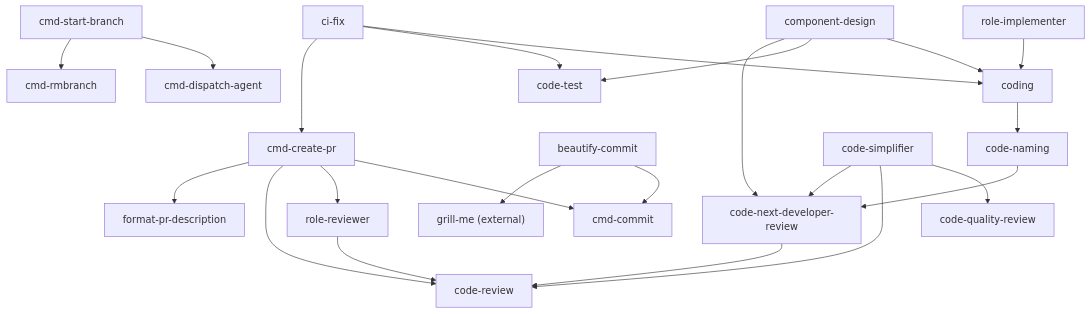
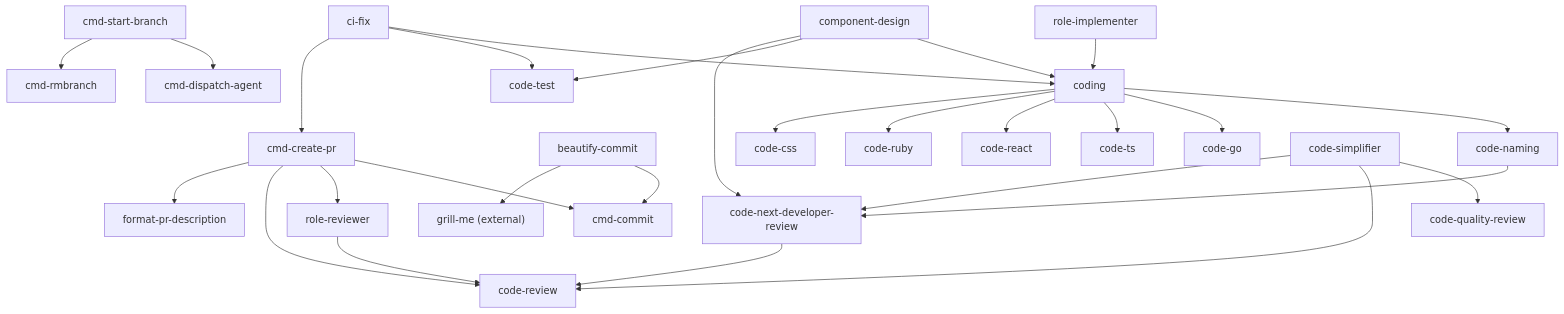
The diagram in docs/skill-dependency-map.md (version-1/agents-docs), drawn with Mermaid before and after one commit. The commit also changed other lines of this file and 14 other files, not shown here.

````diff
--- a/docs/skill-dependency-map.md
+++ b/docs/skill-dependency-map.md
@@ -108,34 +118,39 @@
 ```mermaid
 graph TD
     cmd_create_pr["cmd-create-pr"] --> cmd_commit["cmd-commit"]
     cmd_create_pr --> role_reviewer["role-reviewer"]
     cmd_create_pr --> code_review["code-review"]
     cmd_create_pr --> format_pr_description["format-pr-description"]
 
     cmd_start_branch["cmd-start-branch"] --> cmd_dispatch_agent["cmd-dispatch-agent"]
     cmd_start_branch --> cmd_rmbranch["cmd-rmbranch"]
 
     beautify_commit["beautify-commit"] --> cmd_commit
     beautify_commit --> grill_me["grill-me (external)"]
 
     ci_fix["ci-fix"] --> coding
     ci_fix --> code_test["code-test"]
     ci_fix --> cmd_create_pr
 
     role_reviewer --> code_review
     role_implementer["role-implementer"] --> coding["coding"]
 
     coding --> code_naming["code-naming"]
+    coding --> code_go["code-go"]
+    coding --> code_ts["code-ts"]
+    coding --> code_react["code-react"]
+    coding --> code_ruby["code-ruby"]
+    coding --> code_css["code-css"]
 
     component_design["component-design"] --> coding
     component_design --> code_test
     component_design --> code_next_dev["code-next-developer-review"]
 
     code_naming --> code_next_dev
 
     code_next_dev --> code_review
 
     code_simplifier["code-simplifier"] --> code_quality["code-quality-review"]
     code_simplifier --> code_review
     code_simplifier --> code_next_dev
 ```
````
